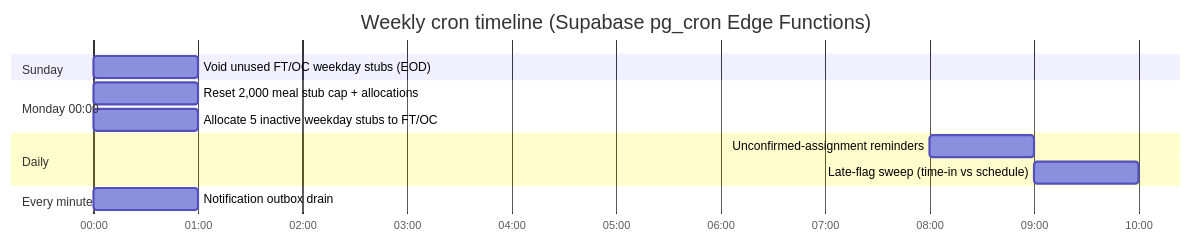
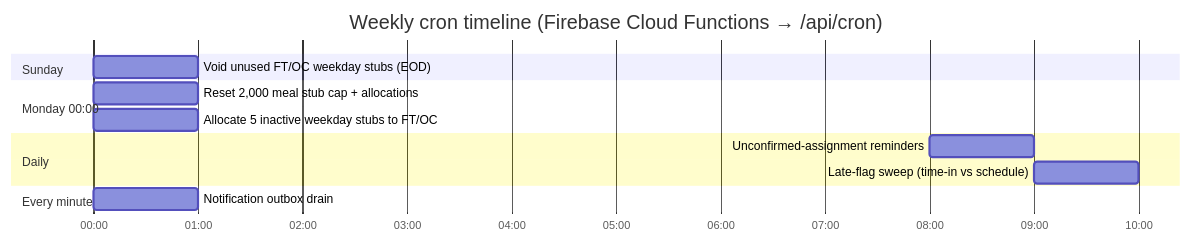
Before and after one commit to njcarlo/studio: the seventh of 9 diagrams in phases.md, drawn with Mermaid. The commit also changed other lines of this file and 20 other files, not shown here.

First line of the commit message:
docs: align architecture, skills, and plans with Firebase stack

````diff
--- a/phases.md
+++ b/phases.md
@@ -277,16 +278,16 @@
 ```mermaid
 gantt
     dateFormat HH:mm
     axisFormat %H:%M
-    title Weekly cron timeline (Supabase pg_cron Edge Functions)
+    title Weekly cron timeline (Firebase Cloud Functions → /api/cron)
     section Sunday
     Void unused FT/OC weekday stubs (EOD)      :a1, 00:00, 1h
     section Monday 00:00
     Reset 2,000 meal stub cap + allocations    :a2, 00:00, 1h
     Allocate 5 inactive weekday stubs to FT/OC :a3, 00:00, 1h
     section Daily
     Unconfirmed-assignment reminders           :a4, 08:00, 1h
     Late-flag sweep (time-in vs schedule)      :a5, 09:00, 1h
     section Every minute
     Notification outbox drain                  :a6, 00:00, 1h
 ```
````
